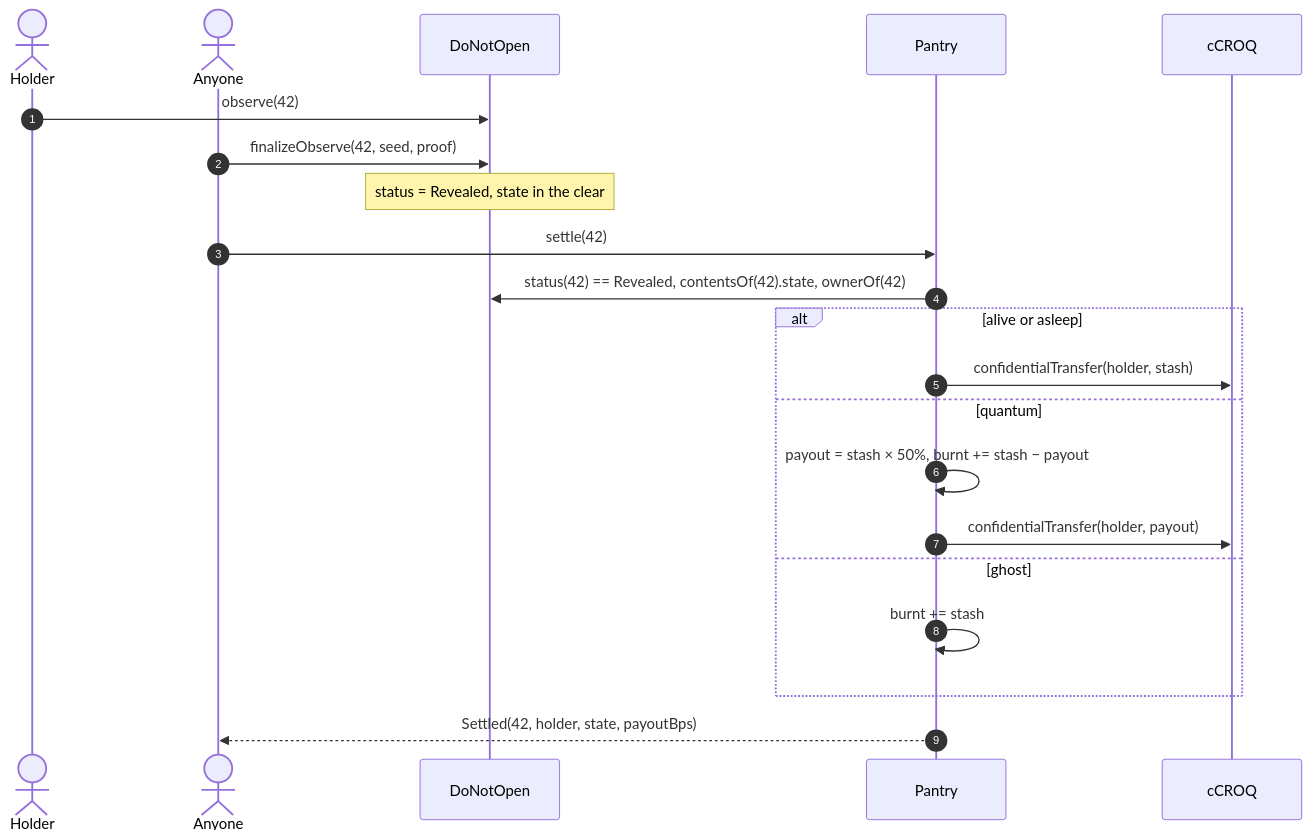
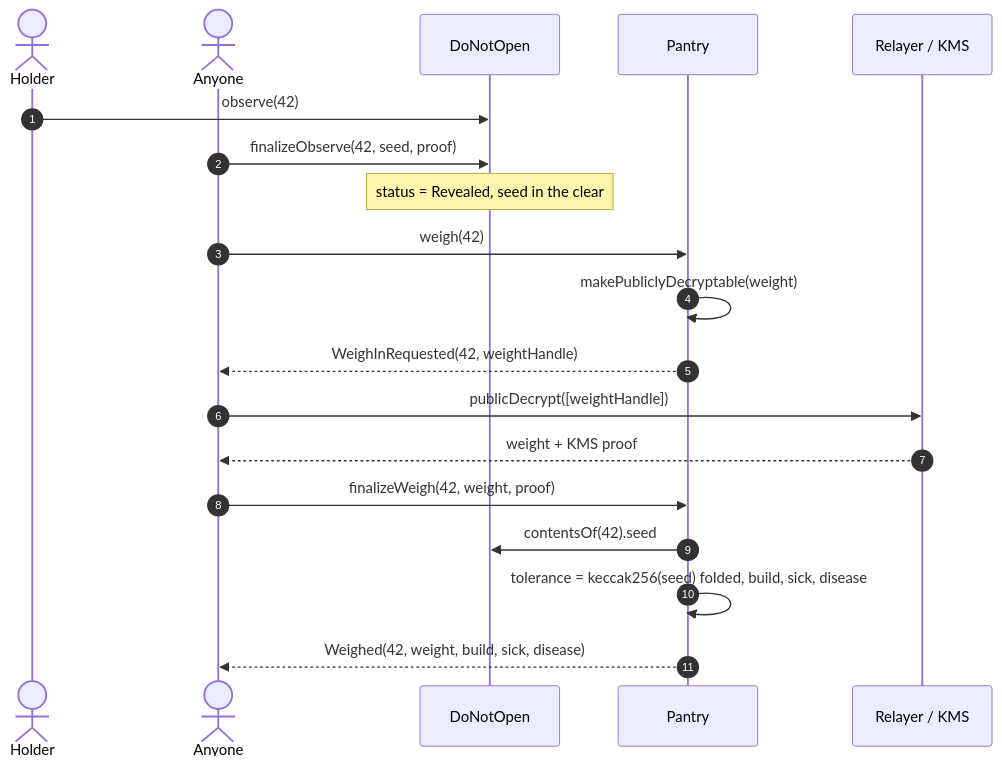
The fifth of 6 diagrams in docs/CROQ.md (jecombe/do_not_open), drawn with Mermaid before and after one commit. The commit also changed other lines of this file and 52 other files, not shown here.

````diff
--- a/docs/CROQ.md
+++ b/docs/CROQ.md
@@ -308,23 +382,21 @@
 ```mermaid
 sequenceDiagram
   autonumber
   actor H as Holder
   actor A as Anyone
   participant B as DoNotOpen
   participant Pa as Pantry
-  participant W as cCROQ
+  participant K as Relayer / KMS
   H->>B: observe(42)
   A->>B: finalizeObserve(42, seed, proof)
-  Note over B: status = Revealed, state in the clear
-  A->>Pa: settle(42)
-  Pa->>B: status(42) == Revealed, contentsOf(42).state, ownerOf(42)
-  alt alive or asleep
-    Pa->>W: confidentialTransfer(holder, stash)
-  else quantum
-    Pa->>Pa: payout = stash × 50%, burnt += stash − payout
-    Pa->>W: confidentialTransfer(holder, payout)
-  else ghost
-    Pa->>Pa: burnt += stash
-  end
-  Pa-->>A: Settled(42, holder, state, payoutBps)
+  Note over B: status = Revealed, seed in the clear
+  A->>Pa: weigh(42)
+  Pa->>Pa: makePubliclyDecryptable(weight)
+  Pa-->>A: WeighInRequested(42, weightHandle)
+  A->>K: publicDecrypt([weightHandle])
+  K-->>A: weight + KMS proof
+  A->>Pa: finalizeWeigh(42, weight, proof)
+  Pa->>B: contentsOf(42).seed
+  Pa->>Pa: tolerance = keccak256(seed) folded, build, sick, disease
+  Pa-->>A: Weighed(42, weight, build, sick, disease)
 ```
````
